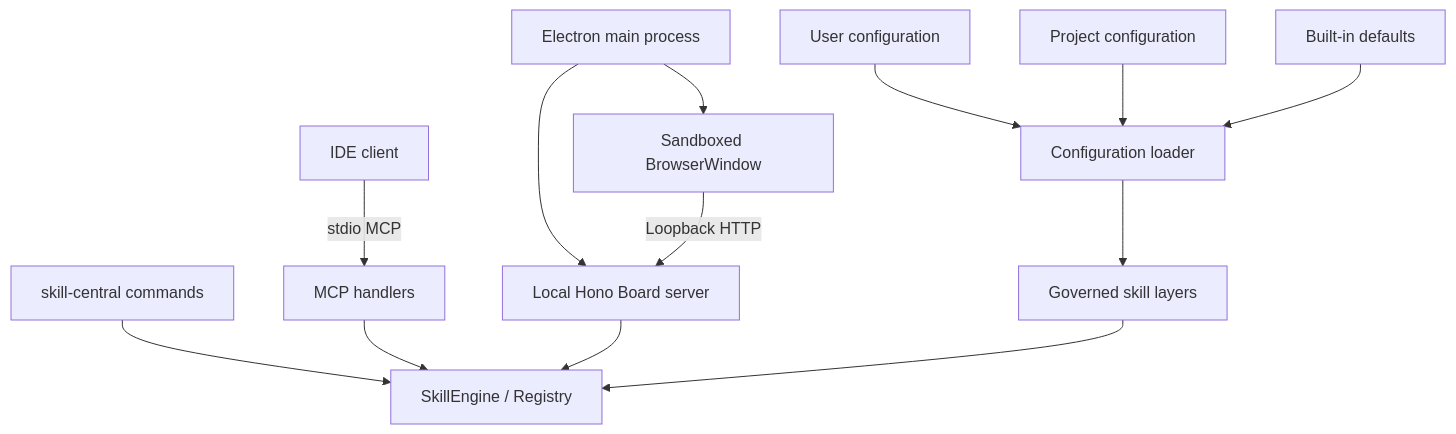
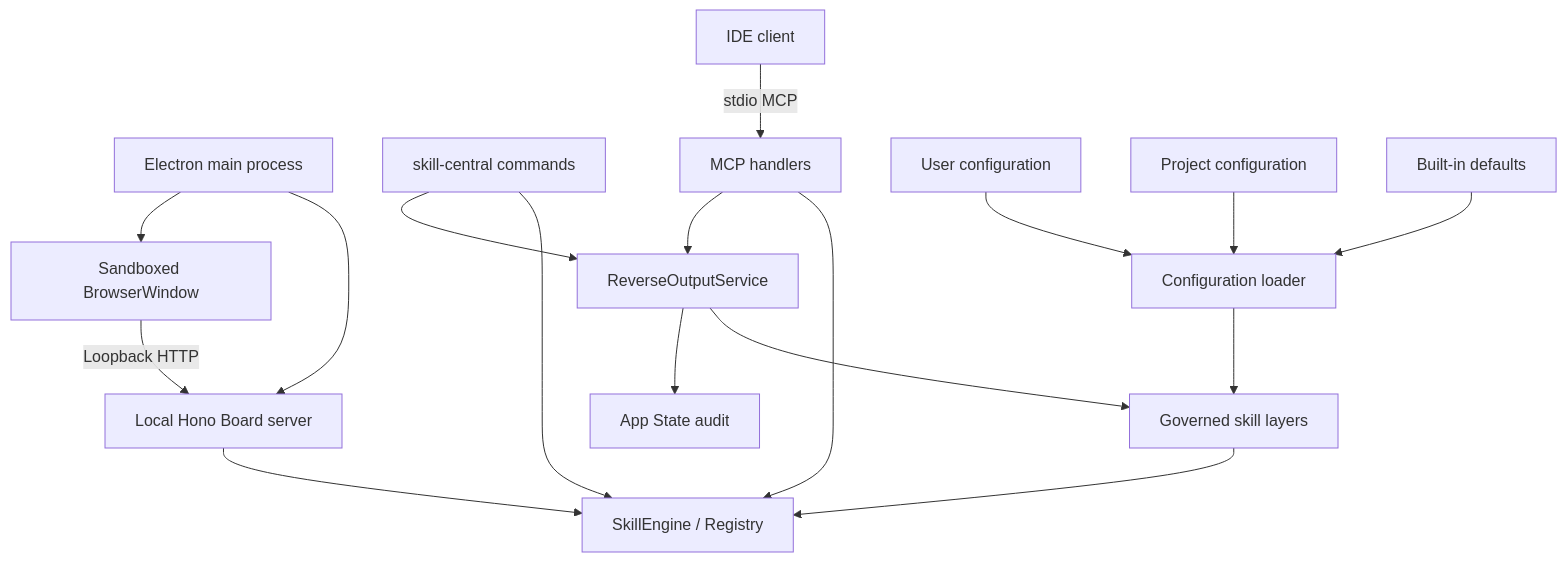
Before and after one commit to BobcGn/skill-central: the first of 5 diagrams in docs/en/architecture.md, drawn with Mermaid. The commit also changed other lines of this file and 25 other files, not shown here.

Commit message:
feat(reverse-output): add IDE asset promotion MVP

````diff
--- a/docs/en/architecture.md
+++ b/docs/en/architecture.md
@@ -13,17 +13,21 @@
 ```mermaid
 flowchart TD
     Electron[Electron main process] --> Board[Local Hono Board server]
     Electron --> Window[Sandboxed BrowserWindow]
     Window -->|Loopback HTTP| Board
 
     CLI[skill-central commands] --> Engine[SkillEngine / Registry]
     IDE[IDE client] -->|stdio MCP| MCP[MCP handlers]
     MCP --> Engine
+    MCP --> Reverse[ReverseOutputService]
+    CLI --> Reverse
+    Reverse --> Layers
+    Reverse --> Audit[App State audit]
     Board --> Engine
 
     Global[User configuration] --> Config[Configuration loader]
     Project[Project configuration] --> Config
     Defaults[Built-in defaults] --> Config
     Config --> Layers[Governed skill layers]
     Layers --> Engine
 ```
````
